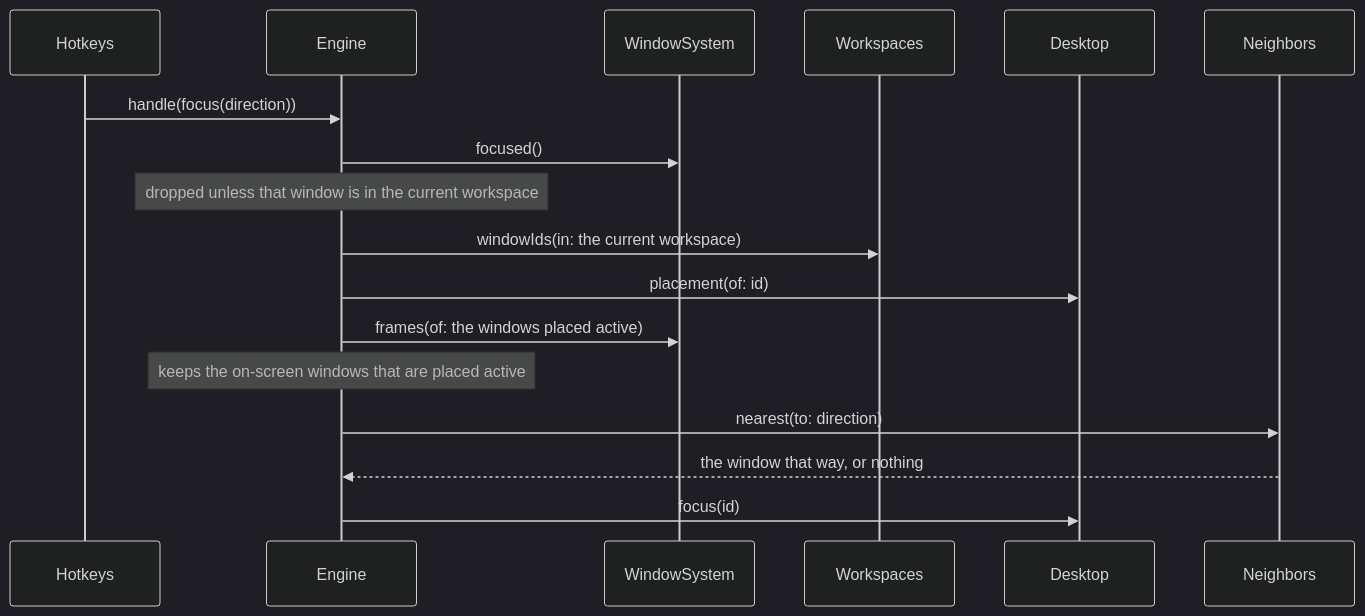
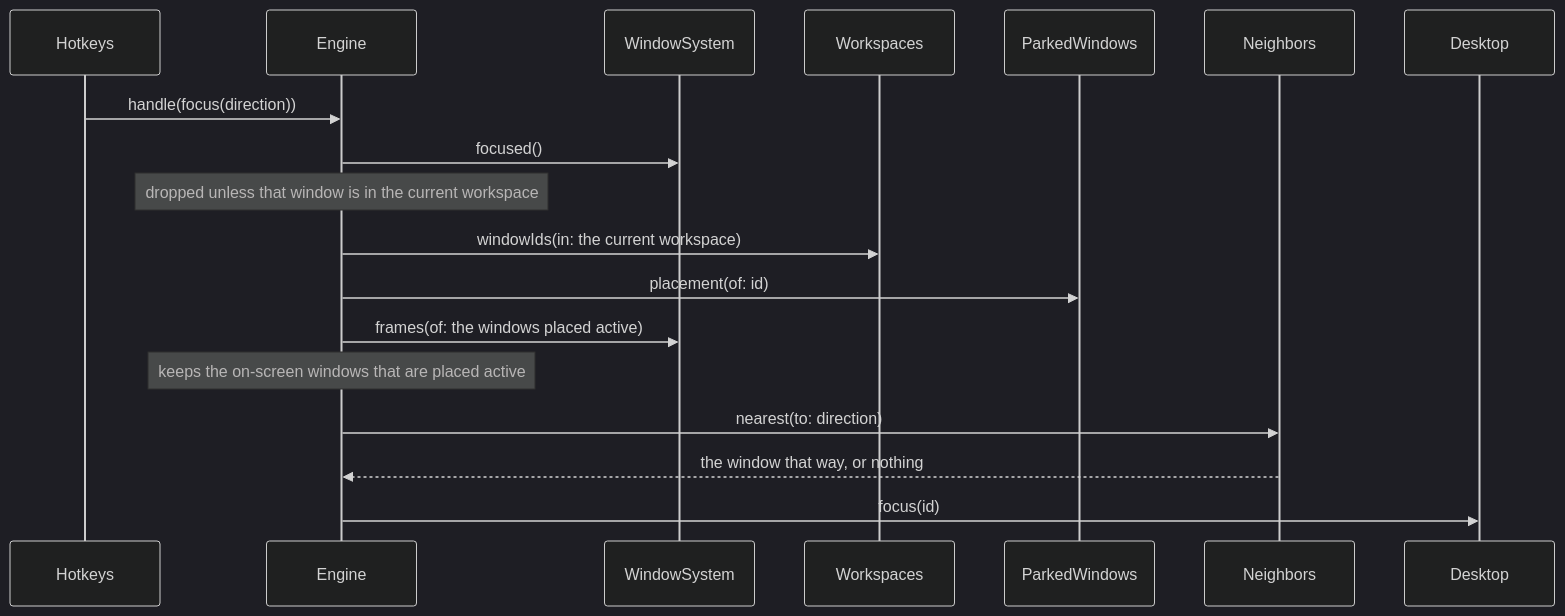
One commit to brennovich/ottowm changed the tenth of 17 diagrams in ARCHITECTURE.md. Above: the diagram before and after it, drawn with Mermaid (dark theme). The commit also changed other lines of this file and 23 other files, not shown here.

````diff
--- a/ARCHITECTURE.md
+++ b/ARCHITECTURE.md
@@ -204,13 +211,13 @@
 ```mermaid
 sequenceDiagram
     Hotkeys->>Engine: handle(focus(direction))
     Engine->>WindowSystem: focused()
     Note over Engine: dropped unless that window is in the current workspace
     Engine->>Workspaces: windowIds(in: the current workspace)
-    Engine->>Desktop: placement(of: id)
+    Engine->>ParkedWindows: placement(of: id)
     Engine->>WindowSystem: frames(of: the windows placed active)
     Note over Engine: keeps the on-screen windows that are placed active
     Engine->>Neighbors: nearest(to: direction)
     Neighbors-->>Engine: the window that way, or nothing
     Engine->>Desktop: focus(id)
 ```
````
